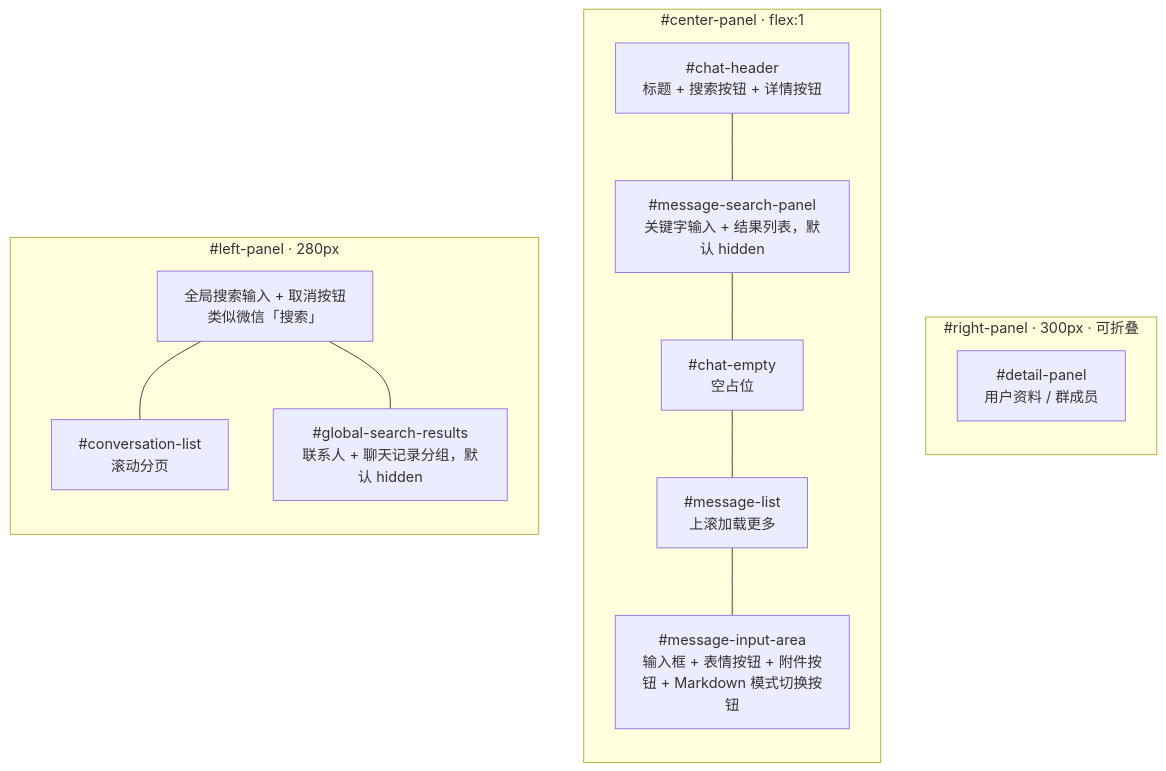
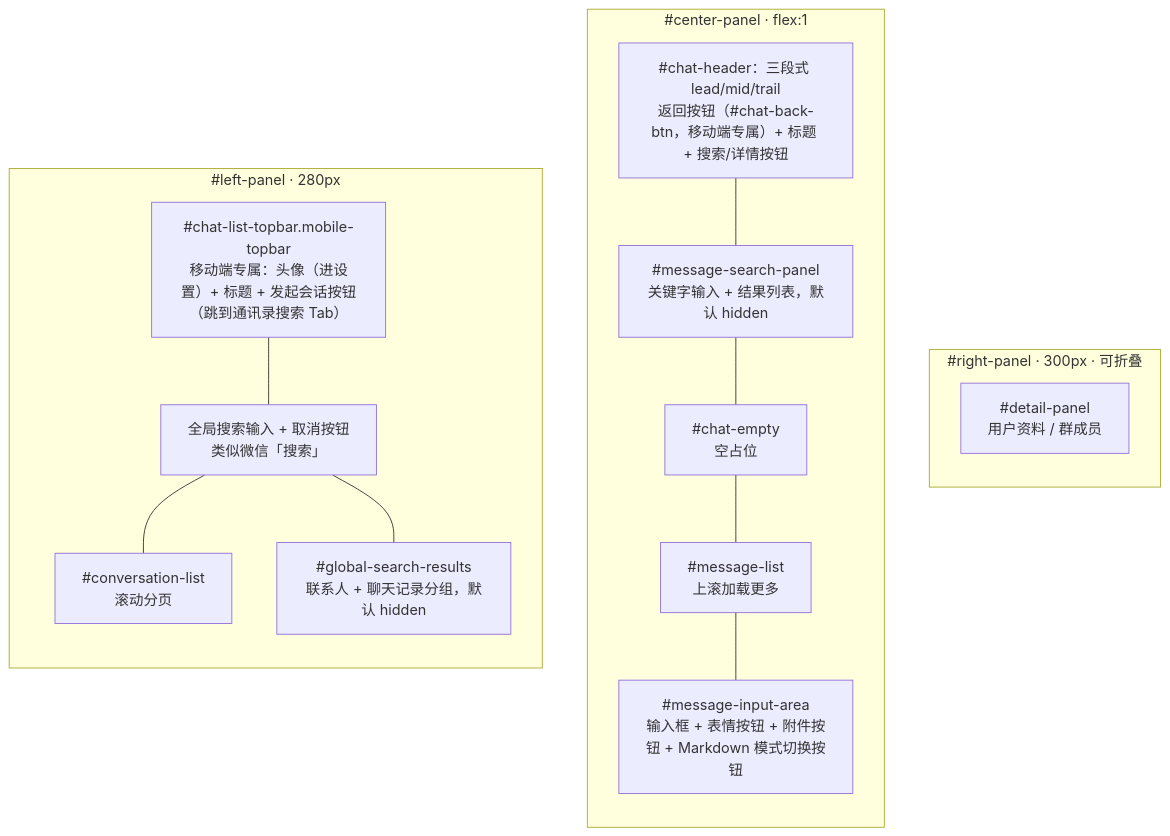
One commit to dacez/yimsg changed the first of 3 diagrams in packages/uikit/docs/UI设计方案.md. Above: the diagram before and after it, drawn with Mermaid. The commit also changed other lines of this file and 11 other files, not shown here.

````diff
--- a/packages/uikit/docs/UI设计方案.md
+++ b/packages/uikit/docs/UI设计方案.md
@@ -146,26 +146,28 @@
 ```mermaid
 graph LR
     subgraph 左栏["#left-panel · 280px"]
+        L0["#chat-list-topbar.mobile-topbar<br/>移动端专属：头像（进设置）+ 标题 + 发起会话按钮（跳到通讯录搜索 Tab）"]
         L1["全局搜索输入 + 取消按钮<br/>类似微信「搜索」"]
         L2["#conversation-list<br/>滚动分页"]
         L3["#global-search-results<br/>联系人 + 聊天记录分组，默认 hidden"]
+        L0 --- L1
         L1 --- L2
         L1 --- L3
     end
 
     subgraph 中栏["#center-panel · flex:1"]
         direction TB
-        C1["#chat-header<br/>标题 + 搜索按钮 + 详情按钮"]
+        C1["#chat-header：三段式 lead/mid/trail<br/>返回按钮（#chat-back-btn，移动端专属）+ 标题 + 搜索/详情按钮"]
         C1b["#message-search-panel<br/>关键字输入 + 结果列表，默认 hidden"]
         C2["#chat-empty<br/>空占位"]
         C3["#message-list<br/>上滚加载更多"]
         C4["#message-input-area<br/>输入框 + 表情按钮 + 附件按钮 + Markdown 模式切换按钮"]
         C1 --- C1b --- C2 --- C3 --- C4
     end
 
     subgraph 右栏["#right-panel · 300px · 可折叠"]
         R1["#detail-panel<br/>用户资料 / 群成员"]
     end
 
     左栏 ~~~ 中栏 ~~~ 右栏
 ```
````
